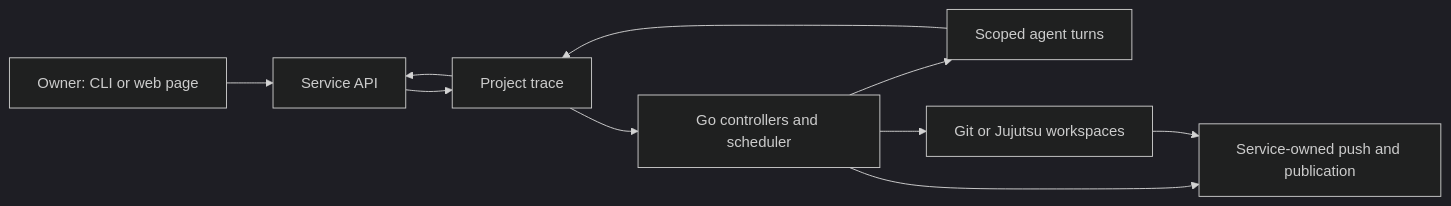
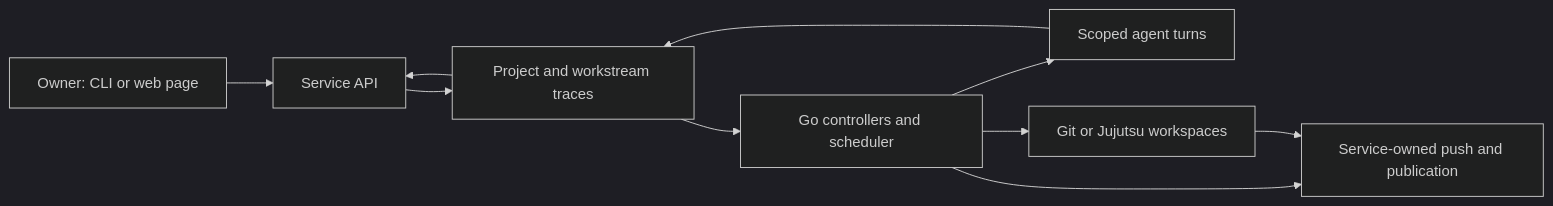
The diagram in docs/architecture.md (kpenfound/osmia), drawn with Mermaid (dark theme) before and after one commit. The commit also changed other lines of this file and 5 other files, not shown here.

````diff
--- a/docs/architecture.md
+++ b/docs/architecture.md
@@ -9,12 +9,12 @@
 ```mermaid
 flowchart LR
     Owner[Owner: CLI or web page] --> API[Service API]
-    API --> Trace[Project trace]
+    API --> Trace[Project and workstream traces]
     Trace --> Controllers[Go controllers and scheduler]
     Controllers --> Turns[Scoped agent turns]
     Turns --> Trace
     Controllers --> Workspaces[Git or Jujutsu workspaces]
     Controllers --> Delivery[Service-owned push and publication]
     Workspaces --> Delivery
     Trace --> API
 ```
````
